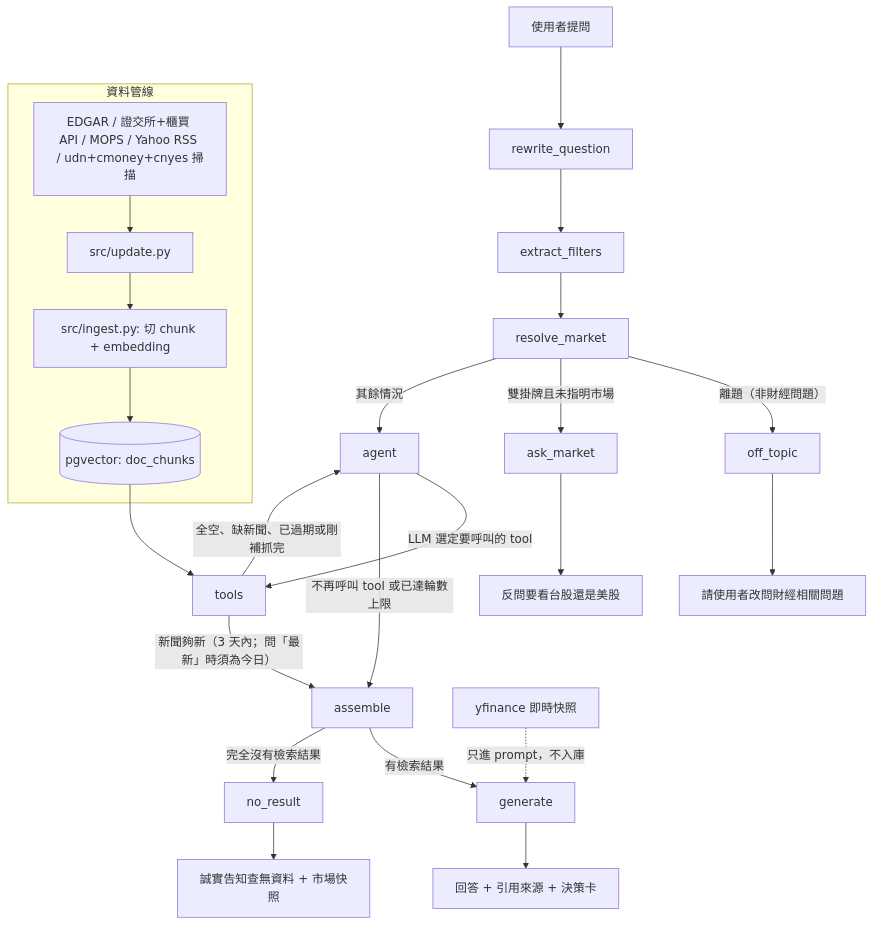
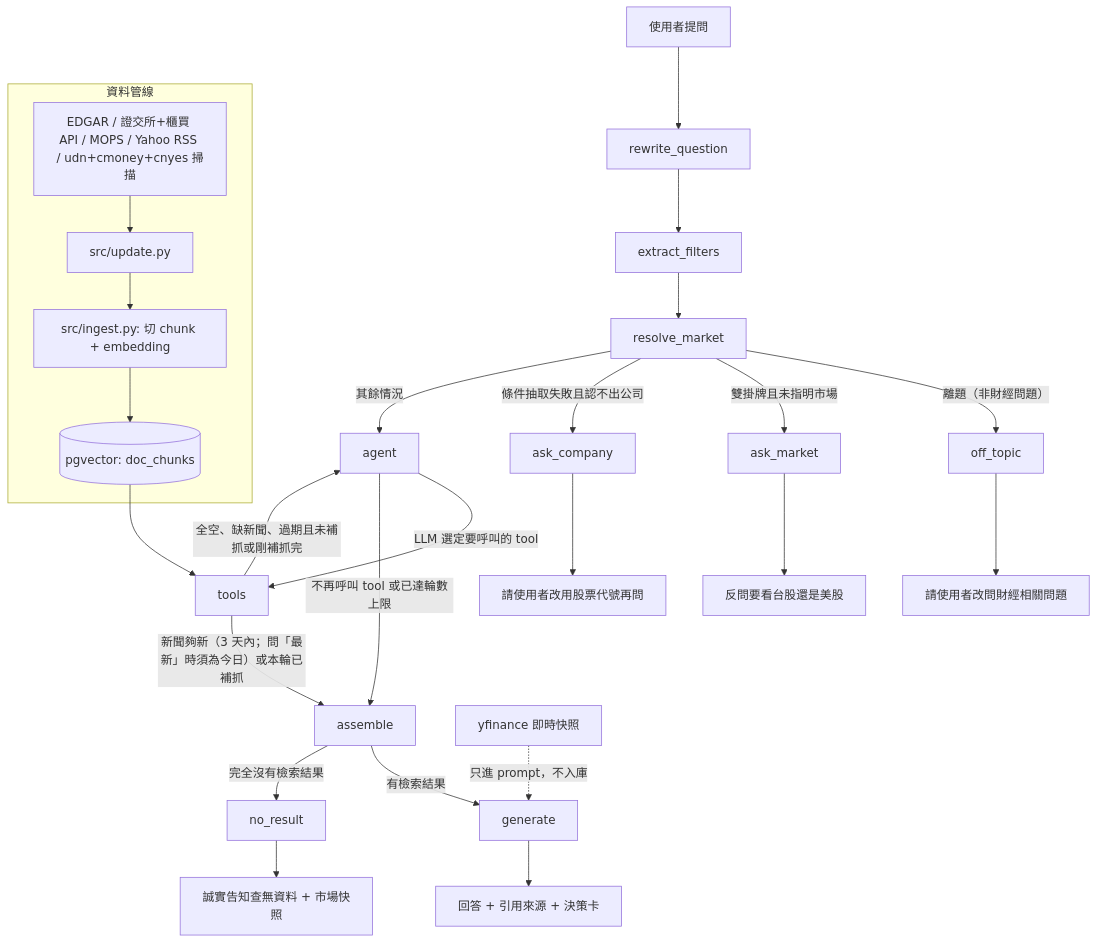
Before and after one commit to thelilywang/finance-ai-assistant: the ninth of 10 diagrams in docs/AI_Product_Case_Study.md, drawn with Mermaid. The commit also changed other lines of this file and 4 other files, not shown here.

First line of the commit message:
docs: fix README quick start, sync graph diagrams, record 11-02 tests (#14)

````diff
--- a/docs/AI_Product_Case_Study.md
+++ b/docs/AI_Product_Case_Study.md
@@ -1884,27 +1886,29 @@
 ```mermaid
 flowchart TD
     U[使用者提問] --> RW[rewrite_question]
     RW --> EF[extract_filters]
     EF --> RM[resolve_market]
     RM -->|"離題（非財經問題）"| OT[off_topic]
     RM -->|"雙掛牌且未指明市場"| AM[ask_market]
+    RM -->|"條件抽取失敗且認不出公司"| AC[ask_company]
     RM -->|其餘情況| AG[agent]
     AG -->|LLM 選定要呼叫的 tool| TL[tools]
     AG -->|不再呼叫 tool 或已達輪數上限| AS[assemble]
-    TL -->|"新聞夠新（3 天內；問「最新」時須為今日）"| AS
-    TL -->|"全空、缺新聞、已過期或剛補抓完"| AG
+    TL -->|"新聞夠新（3 天內；問「最新」時須為今日）或本輪已補抓"| AS
+    TL -->|"全空、缺新聞、過期且未補抓或剛補抓完"| AG
     AS -->|有檢索結果| GEN[generate]
     AS -->|完全沒有檢索結果| NR[no_result]
     GEN --> A[回答 + 引用來源 + 決策卡]
     NR --> B[誠實告知查無資料 + 市場快照]
     OT --> C[請使用者改問財經相關問題]
     AM --> D[反問要看台股還是美股]
+    AC --> E[請使用者改用股票代號再問]
 
     subgraph 資料管線
         SRC[EDGAR / 證交所+櫃買 API / MOPS / Yahoo RSS / udn+cmoney+cnyes 掃描] --> UP[src/update.py]
         UP --> ING[src/ingest.py: 切 chunk + embedding]
         ING --> PG[(pgvector: doc_chunks)]
     end
     PG --> TL
     YF[yfinance 即時快照] -.只進 prompt，不入庫.-> GEN
 ```
````
